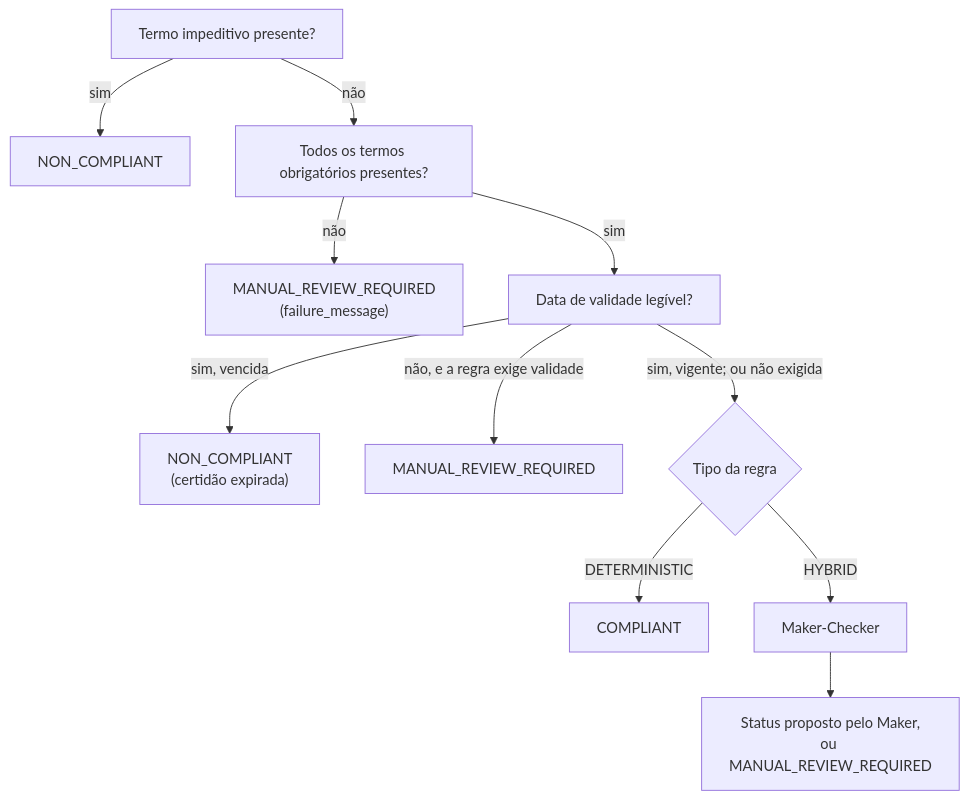
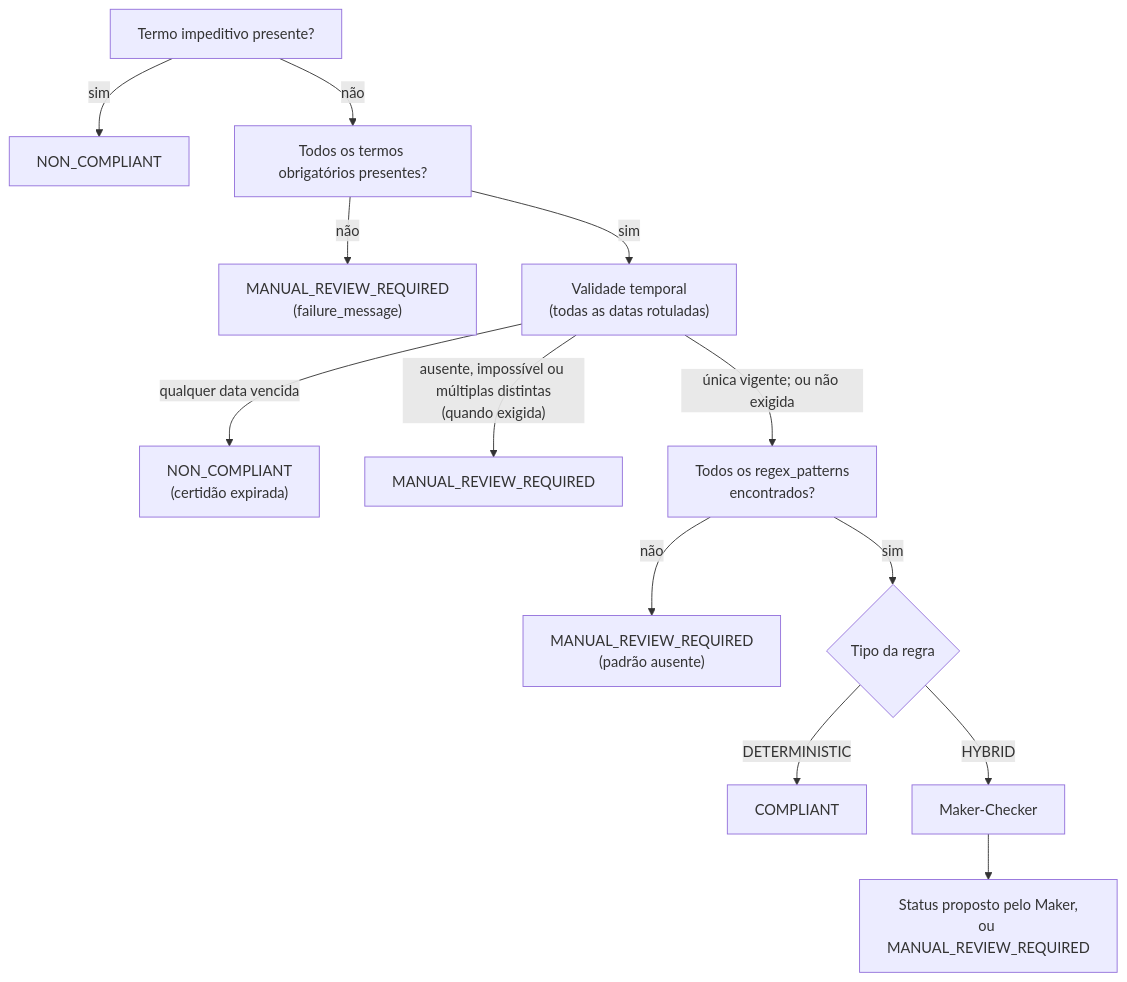
Before and after one commit to conformia-bndes/conformia-platform: the diagram in docs/engineering/rules-engine.md, drawn with Mermaid. The commit also changed other lines of this file and 8 other files, not shown here.

First line of the commit message:
fix(rules): unificar validade multipla, ampliar termos impeditivos e validar regex_patterns

````diff
--- a/docs/engineering/rules-engine.md
+++ b/docs/engineering/rules-engine.md
@@ -61,13 +62,15 @@
 ```mermaid
 flowchart TD
     A["Termo impeditivo presente?"] -->|sim| NC1["NON_COMPLIANT"]
     A -->|não| B["Todos os termos obrigatórios presentes?"]
     B -->|não| MR0["MANUAL_REVIEW_REQUIRED<br/>(failure_message)"]
-    B -->|sim| C["Data de validade legível?"]
-    C -->|"sim, vencida"| NC3["NON_COMPLIANT<br/>(certidão expirada)"]
-    C -->|"não, e a regra exige validade"| MR["MANUAL_REVIEW_REQUIRED"]
-    C -->|"sim, vigente; ou não exigida"| D{"Tipo da regra"}
+    B -->|sim| C["Validade temporal<br/>(todas as datas rotuladas)"]
+    C -->|"qualquer data vencida"| NC3["NON_COMPLIANT<br/>(certidão expirada)"]
+    C -->|"ausente, impossível ou múltiplas distintas<br/>(quando exigida)"| MR["MANUAL_REVIEW_REQUIRED"]
+    C -->|"única vigente; ou não exigida"| P["Todos os regex_patterns<br/>encontrados?"]
+    P -->|não| MR1["MANUAL_REVIEW_REQUIRED<br/>(padrão ausente)"]
+    P -->|sim| D{"Tipo da regra"}
     D -->|DETERMINISTIC| OK["COMPLIANT"]
     D -->|HYBRID| MC["Maker-Checker"]
     MC --> R["Status proposto pelo Maker,<br/>ou MANUAL_REVIEW_REQUIRED"]
 ```
````
